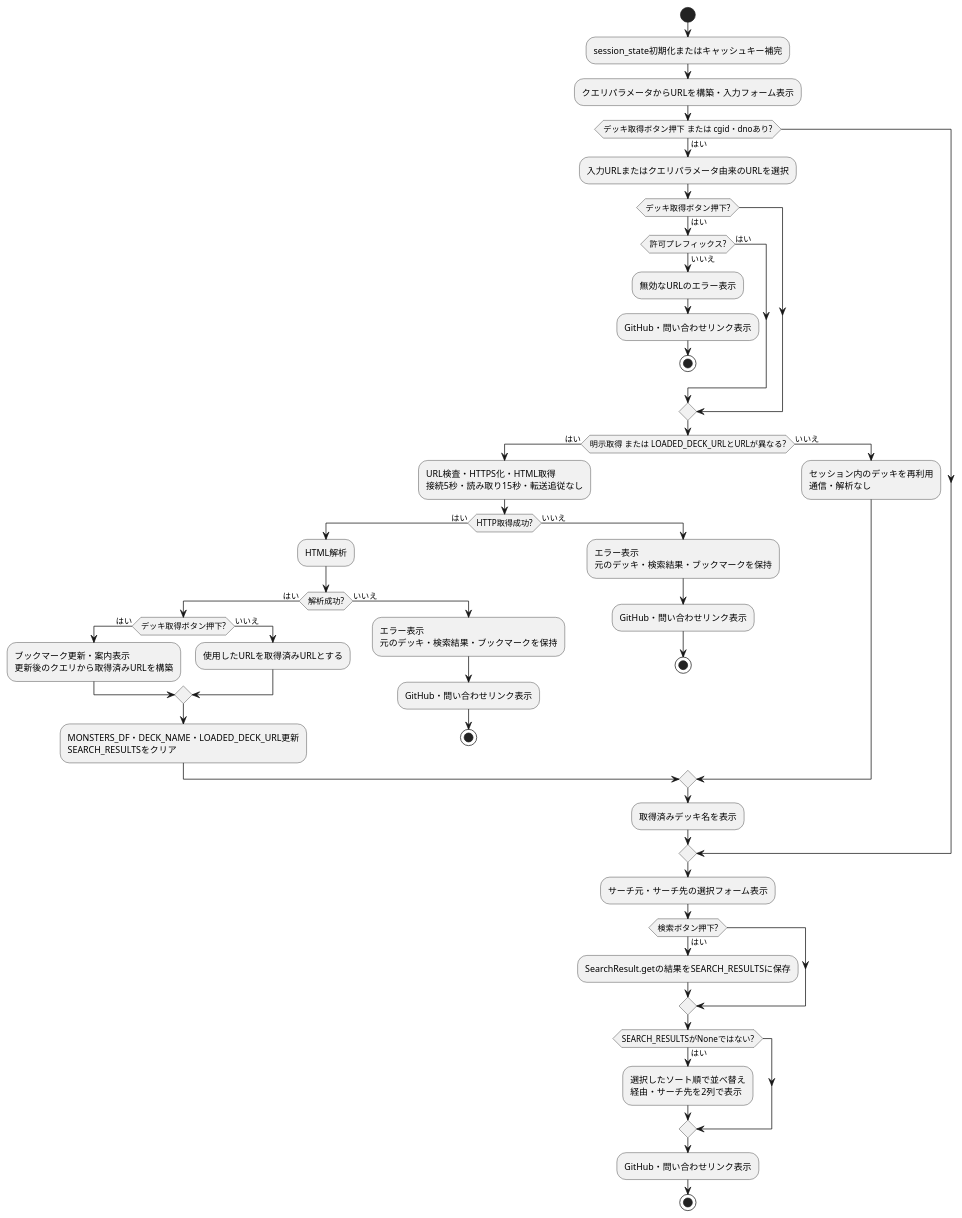
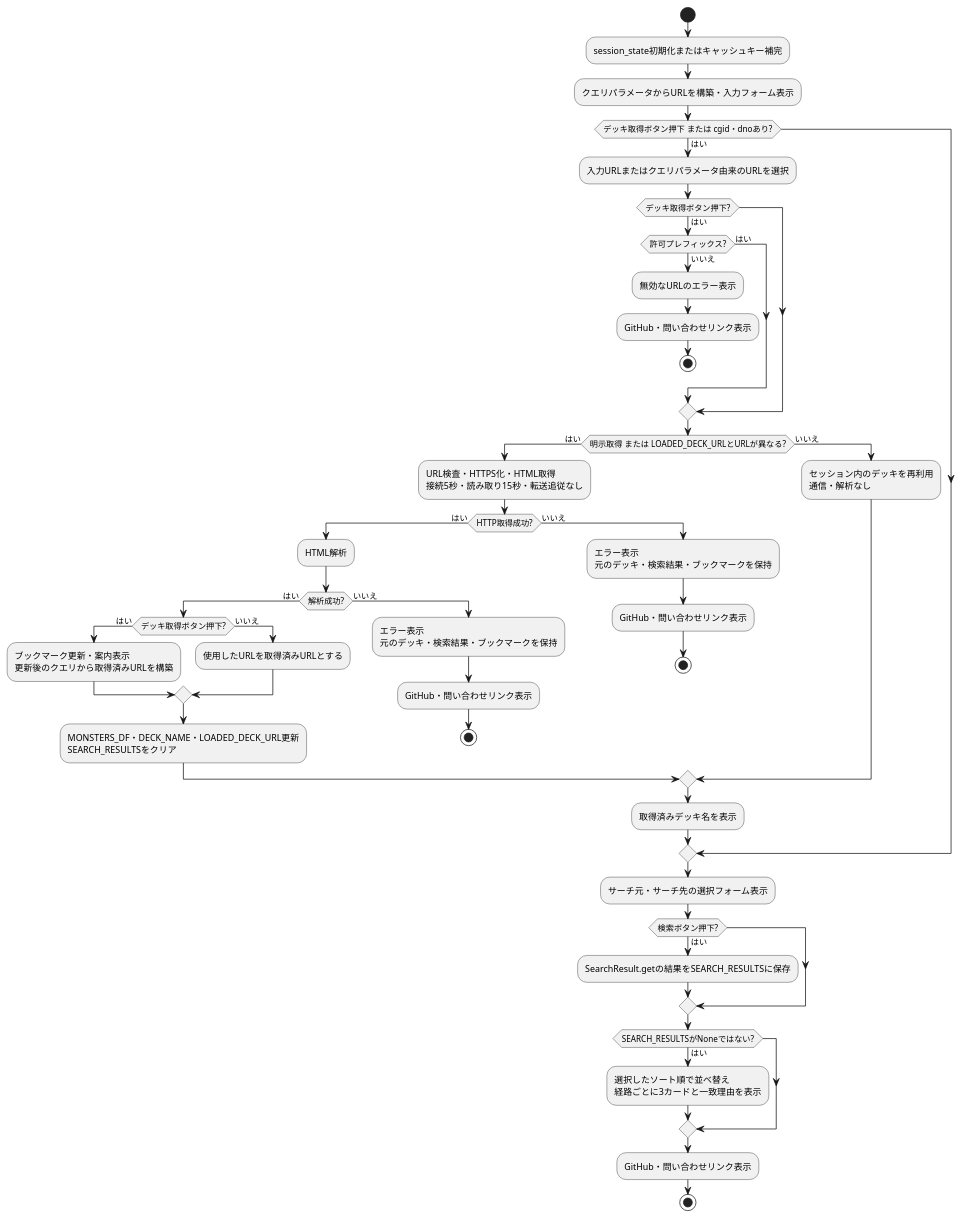
The sixth of 6 diagrams in docs/ygo-small-world-transit.md (ikishichi/ygo-small-world-transit), drawn with PlantUML before and after one commit. The commit also changed other lines of this file and 1 other file, not shown here.

Commit message:
test: 同値キーの経路順を検証し結果表示の設計を更新する

````diff
--- a/docs/ygo-small-world-transit.md
+++ b/docs/ygo-small-world-transit.md
@@ -213,52 +213,52 @@
 ```plantuml
 @startuml
 start
 :session_state初期化またはキャッシュキー補完;
 :クエリパラメータからURLを構築・入力フォーム表示;
 if (デッキ取得ボタン押下 または cgid・dnoあり?) then (はい)
     :入力URLまたはクエリパラメータ由来のURLを選択;
     if (デッキ取得ボタン押下?) then (はい)
         if (許可プレフィックス?) then (はい)
         else (いいえ)
             :無効なURLのエラー表示;
             :GitHub・問い合わせリンク表示;
             stop
         endif
     endif
     if (明示取得 または LOADED_DECK_URLとURLが異なる?) then (はい)
         :URL検査・HTTPS化・HTML取得\n接続5秒・読み取り15秒・転送追従なし;
         if (HTTP取得成功?) then (はい)
             :HTML解析;
             if (解析成功?) then (はい)
                 if (デッキ取得ボタン押下?) then (はい)
                     :ブックマーク更新・案内表示\n更新後のクエリから取得済みURLを構築;
                 else (いいえ)
                     :使用したURLを取得済みURLとする;
                 endif
                 :MONSTERS_DF・DECK_NAME・LOADED_DECK_URL更新\nSEARCH_RESULTSをクリア;
             else (いいえ)
                 :エラー表示\n元のデッキ・検索結果・ブックマークを保持;
                 :GitHub・問い合わせリンク表示;
                 stop
             endif
         else (いいえ)
             :エラー表示\n元のデッキ・検索結果・ブックマークを保持;
             :GitHub・問い合わせリンク表示;
             stop
         endif
     else (いいえ)
         :セッション内のデッキを再利用\n通信・解析なし;
     endif
     :取得済みデッキ名を表示;
 endif
 :サーチ元・サーチ先の選択フォーム表示;
 if (検索ボタン押下?) then (はい)
     :SearchResult.getの結果をSEARCH_RESULTSに保存;
 endif
 if (SEARCH_RESULTSがNoneではない?) then (はい)
-    :選択したソート順で並べ替え\n経由・サーチ先を2列で表示;
+    :選択したソート順で並べ替え\n経路ごとに3カードと一致理由を表示;
 endif
 :GitHub・問い合わせリンク表示;
 stop
 @enduml
 ```
````
